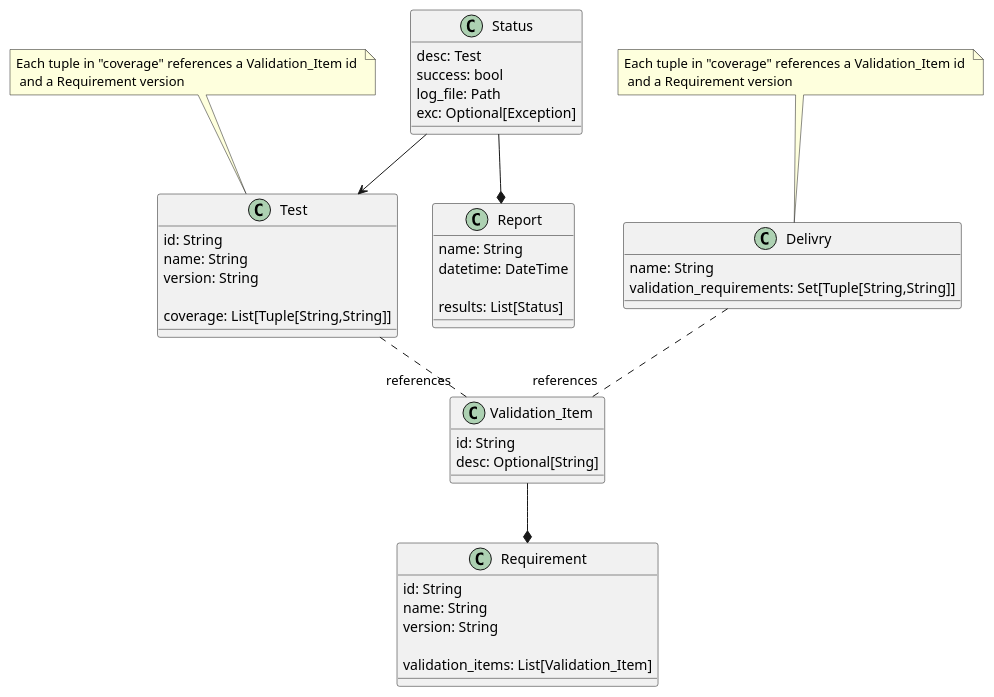
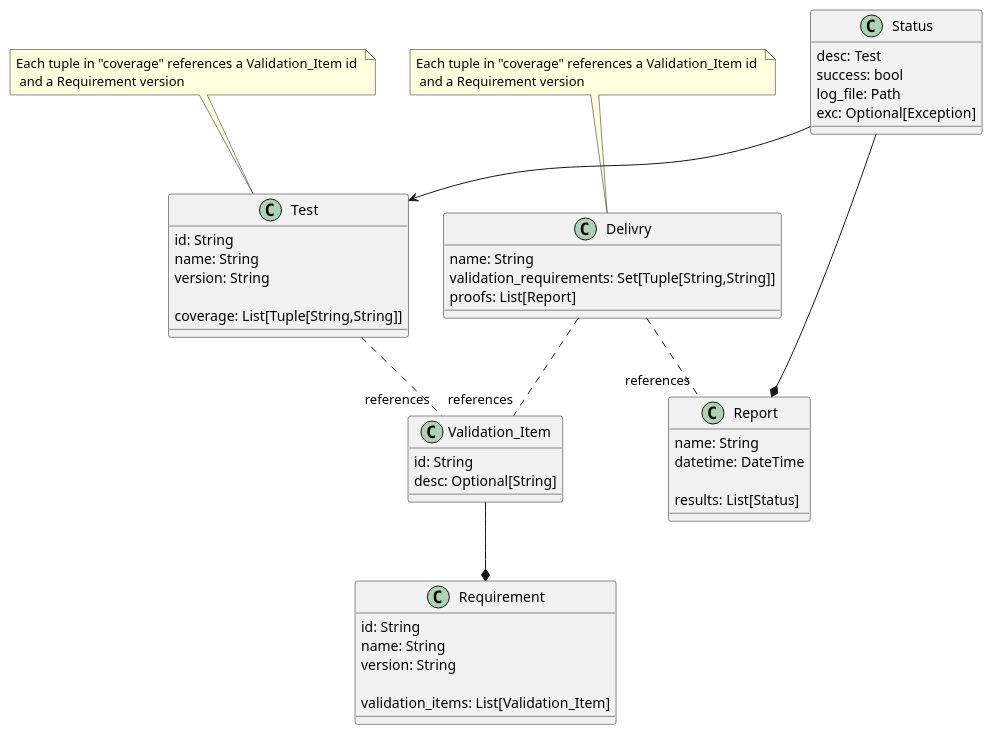
Before and after one commit to fdmysterious/gerance: the diagram in doc/model.plantuml, drawn with PlantUML. The commit also changed 1 other file, not shown here.

Commit message:
Delivry also needs proofs!

```diff
--- a/doc/model.plantuml
+++ b/doc/model.plantuml
@@ -1,55 +1,57 @@
 @startuml
 class Requirement {
     id: String
     name: String
     version: String
 
     validation_items: List[Validation_Item]
 }
 
 class Validation_Item {
     id: String
     desc: Optional[String]
 }
 
 Validation_Item --* Requirement
 
 class Test {
     id: String
     name: String
     version: String
    
     coverage: List[Tuple[String,String]]
 }
 
 Test -. "references" Validation_Item
 
 note top of Test: Each tuple in "coverage" references a Validation_Item id \n and a Requirement version
 
 class Report {
 	name: String
 	datetime: DateTime
 
 	results: List[Status]
 }
 
 class Status {
 	desc: Test
 	success: bool
 	log_file: Path
 	exc: Optional[Exception]
 }
 
 Status --* Report
 Status --> Test
 
 class Delivry {
 	name: String
 	validation_requirements: Set[Tuple[String,String]]
+	proofs: List[Report]
 }
 
 Delivry -. "references" Validation_Item
+Delivry -. "references" Report
 
 note top of Delivry: Each tuple in "coverage" references a Validation_Item id \n and a Requirement version
 
 @enduml
```
